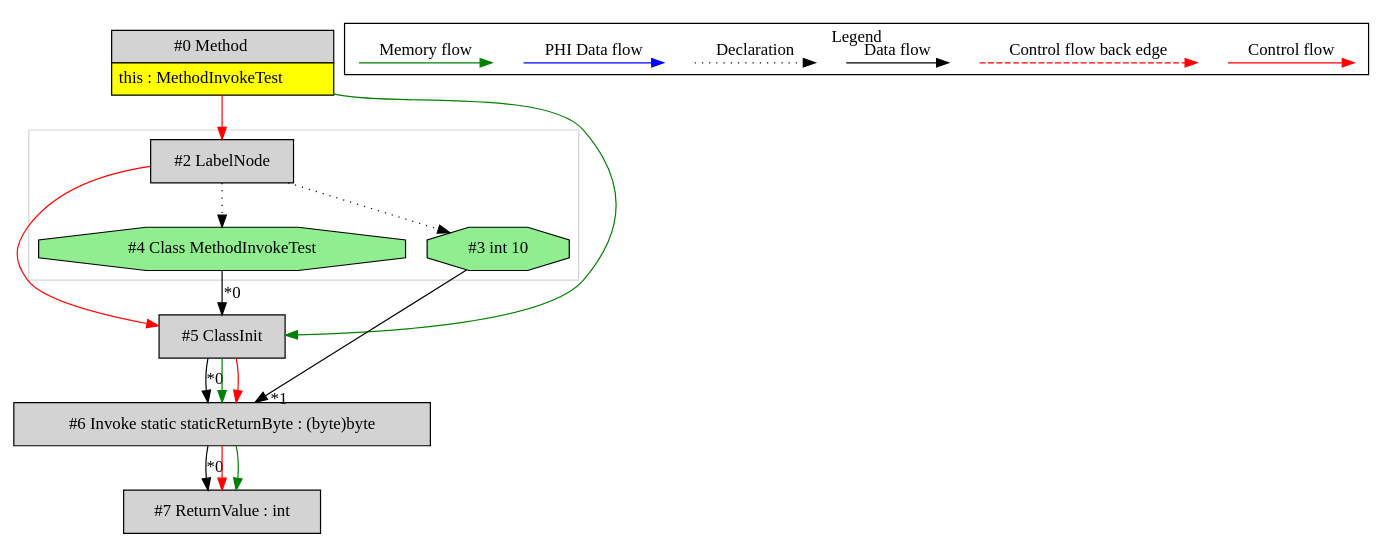
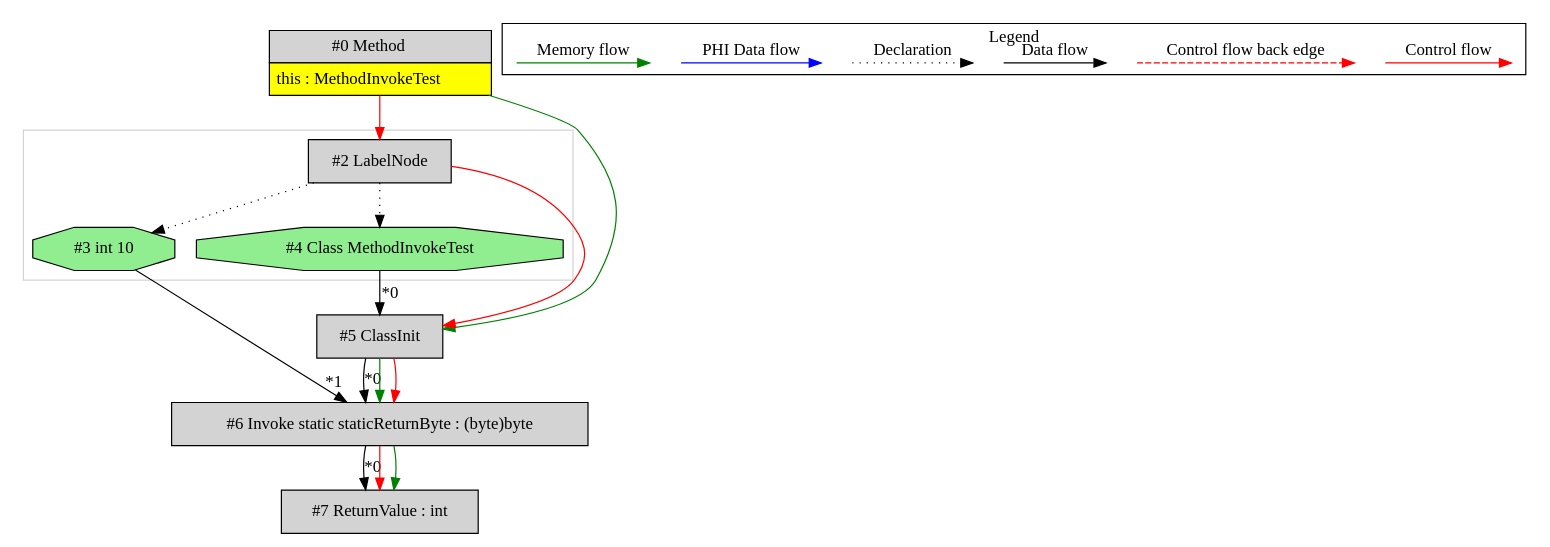
The diagram in de.mirkosertic.metair.ir.examples.MethodInvokeTest/returnByte/ir.dot (mirkosertic/MetaIR), drawn with Graphviz before and after one commit. The commit also changed other lines of this file and 712 other files, not shown here.

```diff
--- a/de.mirkosertic.metair.ir.examples.MethodInvokeTest/returnByte/ir.dot
+++ b/de.mirkosertic.metair.ir.examples.MethodInvokeTest/returnByte/ir.dot
@@ -1,55 +1,55 @@
 digraph {
  ordering="in";
  node0[margin="0", label=<<table border="0" cellborder="1" cellspacing="0" cellpadding="5"><tr><td colspan="1">#0 Method</td></tr><tr><td port="prj1" bgcolor="yellow">this : MethodInvokeTest</td></tr></table>>,shape=none, fillcolor=lightgrey, style=filled];
  node2[label="#2 LabelNode",shape=box, fillcolor=lightgrey, style=filled];
  node0 -> node2[labeldistance=2, color=red, fontcolor=red];
+ node3[label="#3 int 10",shape=octagon, fillcolor=lightgreen, style=filled];
+ node2 -> node3[style=dotted];
+ node6[label="#6 Invoke static staticReturnByte : (byte)byte",shape=box, fillcolor=lightgrey, style=filled];
+ node5 -> node6[headlabel="*0", labeldistance=2];
+ node3 -> node6[headlabel="*1", labeldistance=2];
+ node5 -> node6[labeldistance=2, color=green, constraint=false];
+ node5 -> node6[labeldistance=2, color=red, fontcolor=red];
  node5[label="#5 ClassInit",shape=box, fillcolor=lightgrey, style=filled];
  node4 -> node5[headlabel="*0", labeldistance=2];
  node0 -> node5[labeldistance=2, color=green, constraint=false];
  node2 -> node5[labeldistance=2, color=red, fontcolor=red];
  node4[label="#4 Class MethodInvokeTest",shape=octagon, fillcolor=lightgreen, style=filled];
  node2 -> node4[style=dotted];
- node6[label="#6 Invoke static staticReturnByte : (byte)byte",shape=box, fillcolor=lightgrey, style=filled];
- node5 -> node6[headlabel="*0", labeldistance=2];
- node3 -> node6[headlabel="*1", labeldistance=2];
- node5 -> node6[labeldistance=2, color=green, constraint=false];
- node5 -> node6[labeldistance=2, color=red, fontcolor=red];
- node3[label="#3 int 10",shape=octagon, fillcolor=lightgreen, style=filled];
- node2 -> node3[style=dotted];
  node7[label="#7 ReturnValue : int",shape=box, fillcolor=lightgrey, style=filled];
  node6 -> node7[headlabel="*0", labeldistance=2];
  node6 -> node7[labeldistance=2, color=red, fontcolor=red];
  node6 -> node7[labeldistance=2, color=green, constraint=false];
  subgraph cluster_0 {
   color=lightgray;
   node2;
   node3;
   node4;
  }
  subgraph cluster_000 {
   label = "Legend";
   node [shape=point]
   {
    rank=same;
    c0 [style = invis];
    c1 [style = invis];
    c2 [style = invis];
    c3 [style = invis];
    d0 [style = invis];
    d1 [style = invis];
    d2 [style = invis];
    d3 [style = invis];
    d4 [style = invis];
    d5 [style = invis];
    d6 [style = invis];
    d7 [style = invis];
   }
   c0 -> c1 [label="Control flow", style=solid, color=red]
   c2 -> c3 [label="Control flow back edge", style=dashed, color=red]
   d0 -> d1 [label="Data flow"]
   d2 -> d3 [label="Declaration", style=dotted]
   d4 -> d5 [label="PHI Data flow", color=blue]
   d6 -> d7 [label="Memory flow", color=green]
  }
 
 }
```
